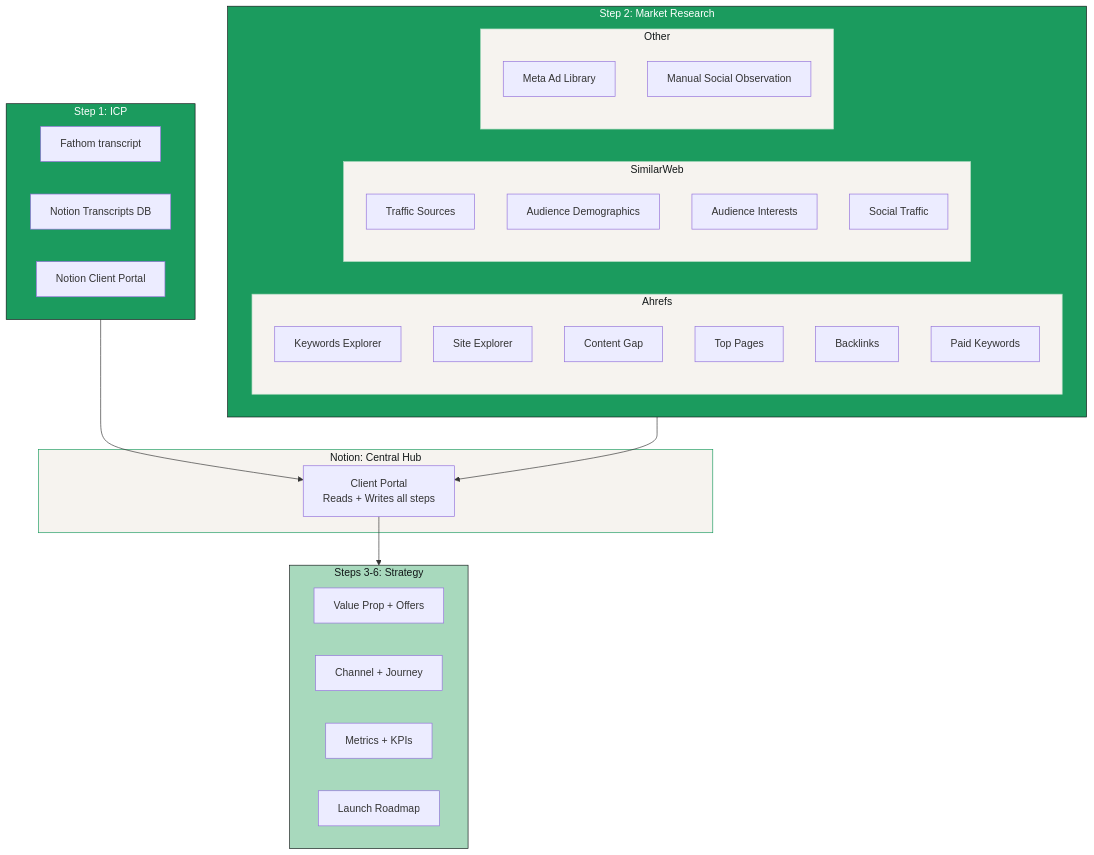
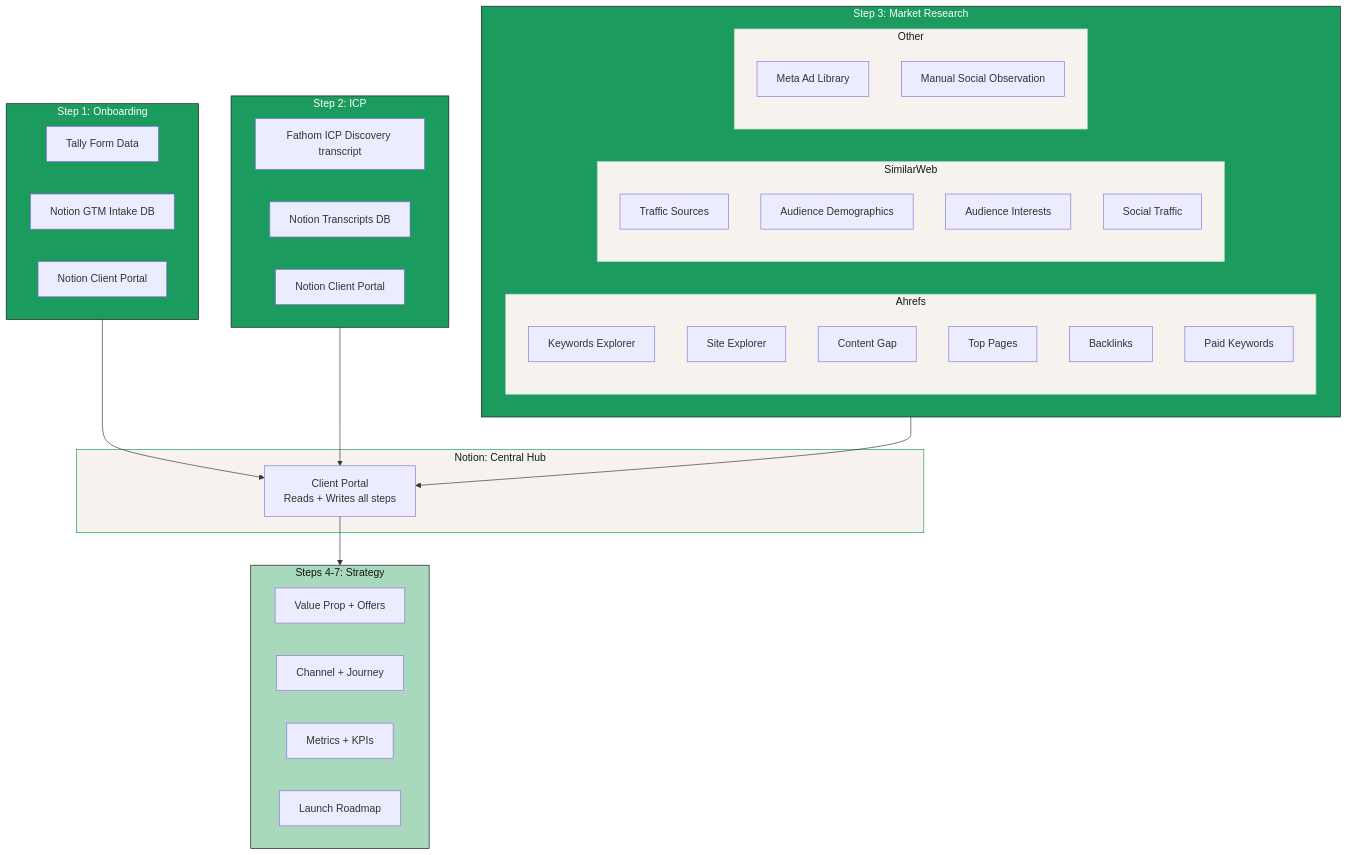
The third of 4 diagrams in ClearLaunch_System_Diagrams.md (ClearThink-Marketing/ClearThink-Assets), drawn with Mermaid before and after one commit. The commit also changed other lines of this file and 2 other files, not shown here.

First line of the commit message:
Renumber to 7-step process, rename discovery call to ICP Discovery call

````diff
--- a/ClearLaunch_System_Diagrams.md
+++ b/ClearLaunch_System_Diagrams.md
@@ -116,48 +133,55 @@
 ```mermaid
 flowchart TD
-    subgraph S1["Step 1: ICP"]
-        S1A["Fathom transcript"]
-        S1B["Notion Transcripts DB"]
+    subgraph S1["Step 1: Onboarding"]
+        S1A["Tally Form Data"]
+        S1B["Notion GTM Intake DB"]
         S1C["Notion Client Portal"]
     end
-    subgraph S2["Step 2: Market Research"]
+    subgraph S2["Step 2: ICP"]
+        S2A["Fathom ICP Discovery transcript"]
+        S2B["Notion Transcripts DB"]
+        S2C["Notion Client Portal"]
+    end
+    subgraph S3["Step 3: Market Research"]
         direction LR
         subgraph AHREFS["Ahrefs"]
             A1["Keywords Explorer"]
             A2["Site Explorer"]
             A3["Content Gap"]
             A4["Top Pages"]
             A5["Backlinks"]
             A6["Paid Keywords"]
         end
         subgraph SWEB["SimilarWeb"]
             SW1["Traffic Sources"]
             SW2["Audience Demographics"]
             SW3["Audience Interests"]
             SW4["Social Traffic"]
         end
         subgraph OTHER["Other"]
             M1["Meta Ad Library"]
             M2["Manual Social Observation"]
         end
     end
-    subgraph S3_6["Steps 3-6: Strategy"]
-        S3["Value Prop + Offers"]
-        S4["Channel + Journey"]
-        S5["Metrics + KPIs"]
-        S6["Launch Roadmap"]
+    subgraph S4_7["Steps 4-7: Strategy"]
+        S4["Value Prop + Offers"]
+        S5["Channel + Journey"]
+        S6["Metrics + KPIs"]
+        S7["Launch Roadmap"]
     end
     subgraph HUB["Notion: Central Hub"]
         NP["Client Portal\nReads + Writes all steps"]
     end
     S1 --> NP
     S2 --> NP
-    NP --> S3_6
+    S3 --> NP
+    NP --> S4_7
     style S1 fill:#1B9B5E,stroke:#121718,color:#fff
     style S2 fill:#1B9B5E,stroke:#121718,color:#fff
+    style S3 fill:#1B9B5E,stroke:#121718,color:#fff
     style AHREFS fill:#F6F3EF,stroke:#A8D9BD,color:#121718
     style SWEB fill:#F6F3EF,stroke:#A8D9BD,color:#121718
     style OTHER fill:#F6F3EF,stroke:#A8D9BD,color:#121718
-    style S3_6 fill:#A8D9BD,stroke:#121718,color:#121718
+    style S4_7 fill:#A8D9BD,stroke:#121718,color:#121718
     style HUB fill:#F6F3EF,stroke:#1B9B5E,color:#121718
 ```
````
